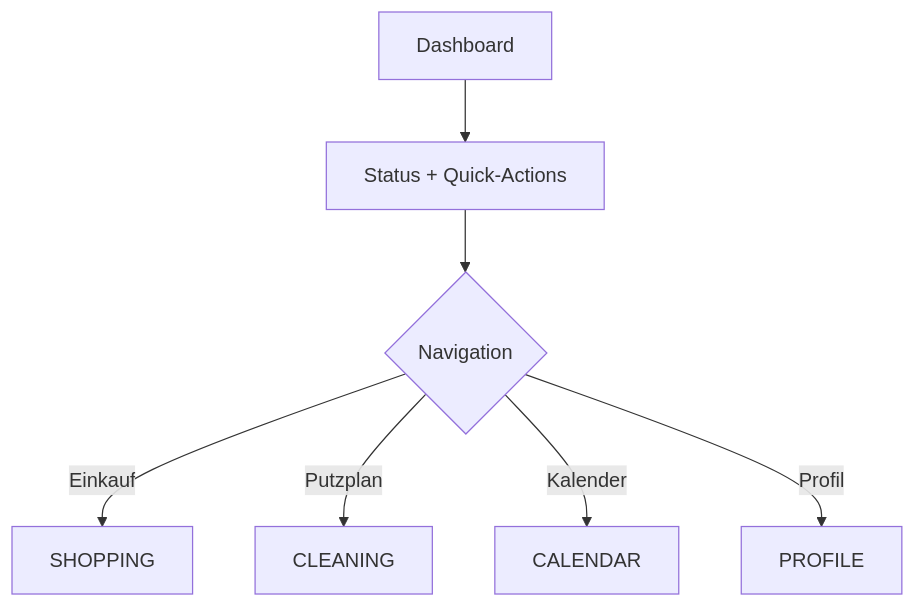
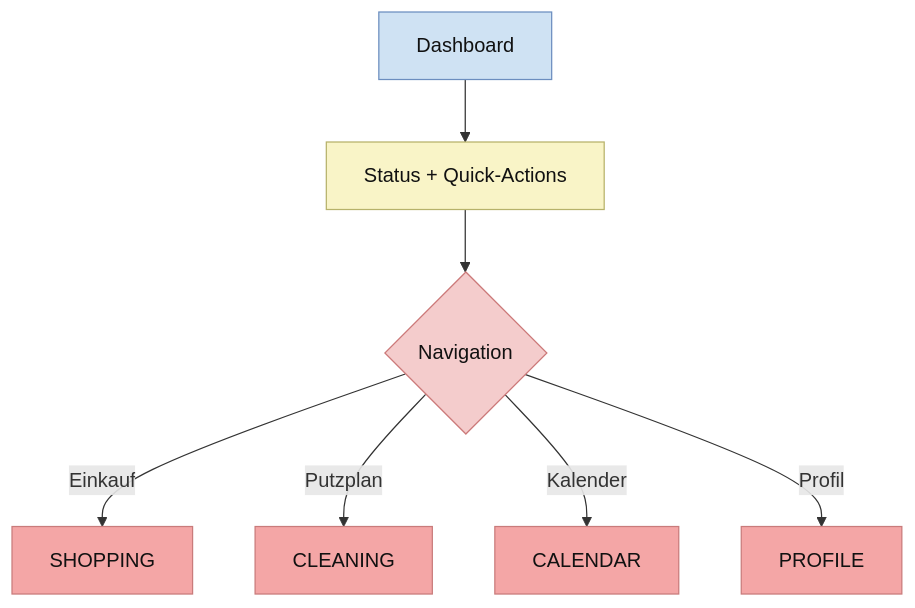
Before and after one commit to Nejy190501/WGManager: the tenth of 23 diagrams in ABLAUFDIAGRAMM.md, drawn with Mermaid. The commit also changed other lines of this file, not shown here.

````diff
--- a/ABLAUFDIAGRAMM.md
+++ b/ABLAUFDIAGRAMM.md
@@ -304,9 +433,22 @@
 ```mermaid
 flowchart TD
     A["Dashboard"] --> B["Status + Quick-Actions"]
     B --> C{"Navigation"}
     C -->|Einkauf| D["SHOPPING"]
     C -->|Putzplan| E["CLEANING"]
     C -->|Kalender| F["CALENDAR"]
     C -->|Profil| G["PROFILE"]
+
+    classDef userAction fill:#ead1f2,stroke:#8e7cc3,color:#111;
+    classDef systemAction fill:#f9f4c7,stroke:#b7b26a,color:#111;
+    classDef userDecision fill:#f4cccc,stroke:#cc7a7a,color:#111;
+    classDef systemDecision fill:#fff2b2,stroke:#c9b458,color:#111;
+    classDef button fill:#f4a6a6,stroke:#c97b7b,color:#111;
+    classDef userInput fill:#f8d7da,stroke:#d49aa2,color:#111;
+    classDef screen fill:#cfe2f3,stroke:#6c8ebf,color:#111;
+
+    class B systemAction;
+    class C userDecision;
+    class D,E,F,G button;
+    class A screen;
 ```
````
